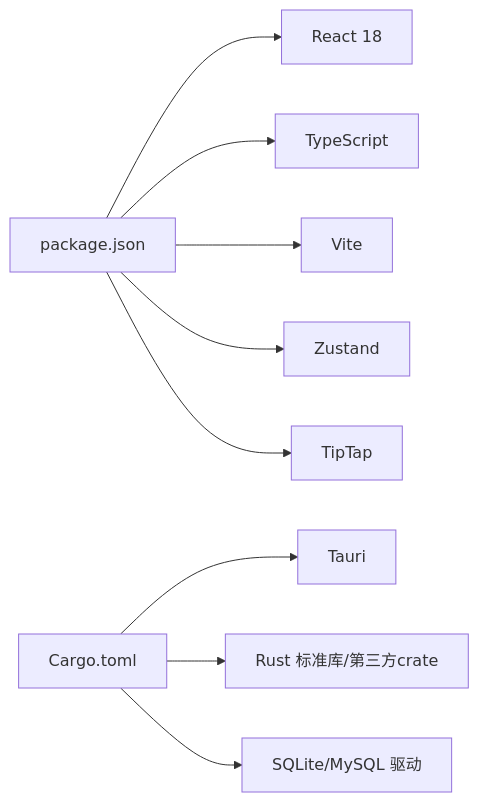
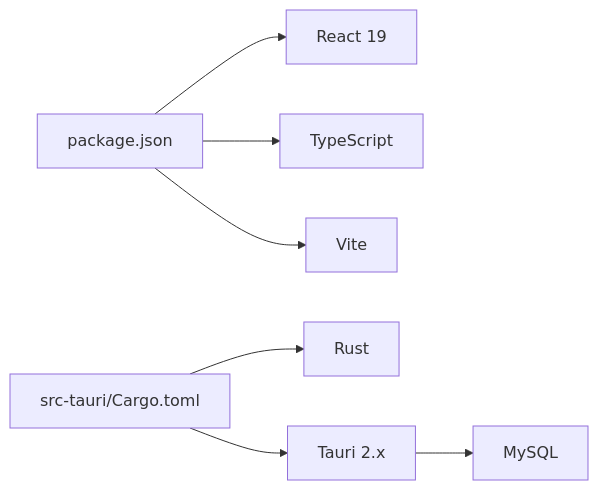
One commit to gzdxhujiale/FishWorker changed the fifth of 5 diagrams in .qoder/repowiki/zh/content/项目概述/技术栈概览.md. Above: the diagram before and after it, drawn with Mermaid. The commit also changed other lines of this file and 238 other files, not shown here.

````diff
--- a/.qoder/repowiki/zh/content/项目概述/技术栈概览.md
+++ b/.qoder/repowiki/zh/content/项目概述/技术栈概览.md
@@ -307,11 +283,9 @@
 ```mermaid
 graph LR
-Pkg["package.json"] --> React["React 18"]
+Pkg["package.json"] --> React["React 19"]
 Pkg --> TS["TypeScript"]
 Pkg --> Vite["Vite"]
-Pkg --> Zustand["Zustand"]
-Pkg --> TipTap["TipTap"]
-Cargo["Cargo.toml"] --> Tauri["Tauri"]
-Cargo --> Rust["Rust 标准库/第三方crate"]
-Cargo --> DB["SQLite/MySQL 驱动"]
+Cargo["src-tauri/Cargo.toml"] --> Rust["Rust"]
+Cargo --> Tauri["Tauri 2.x"]
+Tauri --> MySQL["MySQL"]
 ```
````
